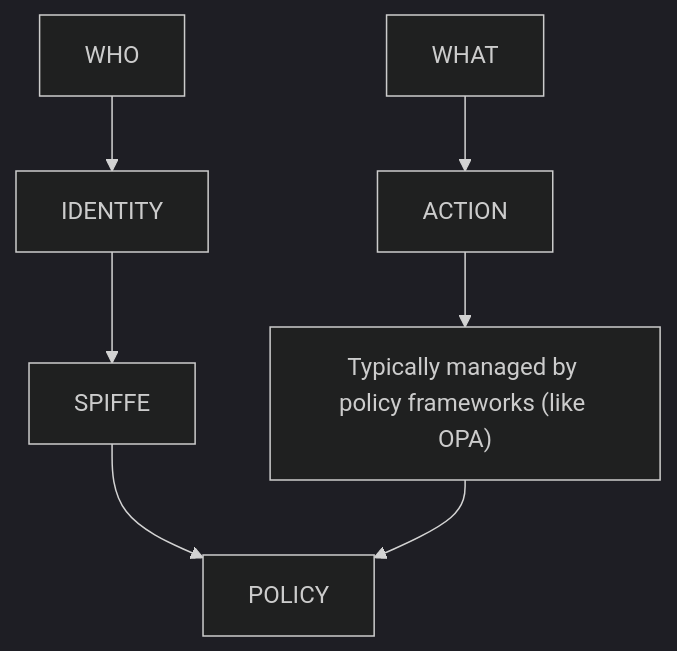
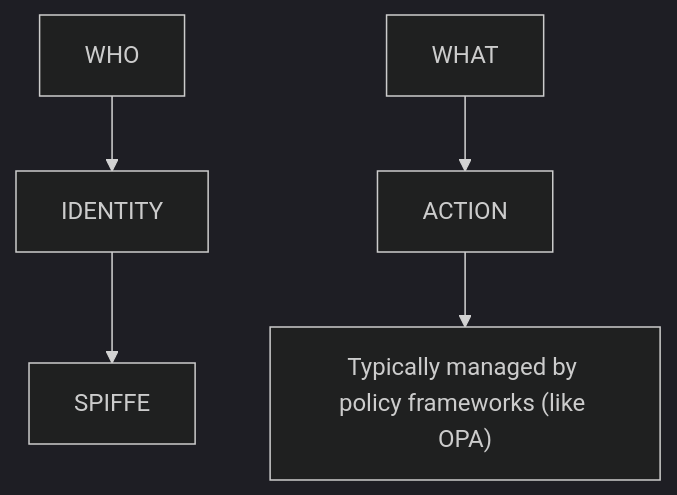
Before and after one commit to wiggitywhitney/board-notes: the first of 2 diagrams in thunder/ep28-spiffe-spire/notes.md, drawn with Mermaid (dark theme). The commit also changed other lines of this file, not shown here.

Commit message:
Fix WHO+WHAT=POLICY diagram and header structure for thunder ep28-spiffe-spire

````diff
--- a/thunder/ep28-spiffe-spire/notes.md
+++ b/thunder/ep28-spiffe-spire/notes.md
@@ -24,7 +23,5 @@
 ```mermaid
 graph TD
     Who[WHO] --> Identity[IDENTITY] --> Spiffe[SPIFFE]
     What[WHAT] --> Action[ACTION] --> Frameworks["Typically managed by policy frameworks (like OPA)"]
-    Spiffe --> Policy[POLICY]
-    Frameworks --> Policy
 ```
````
